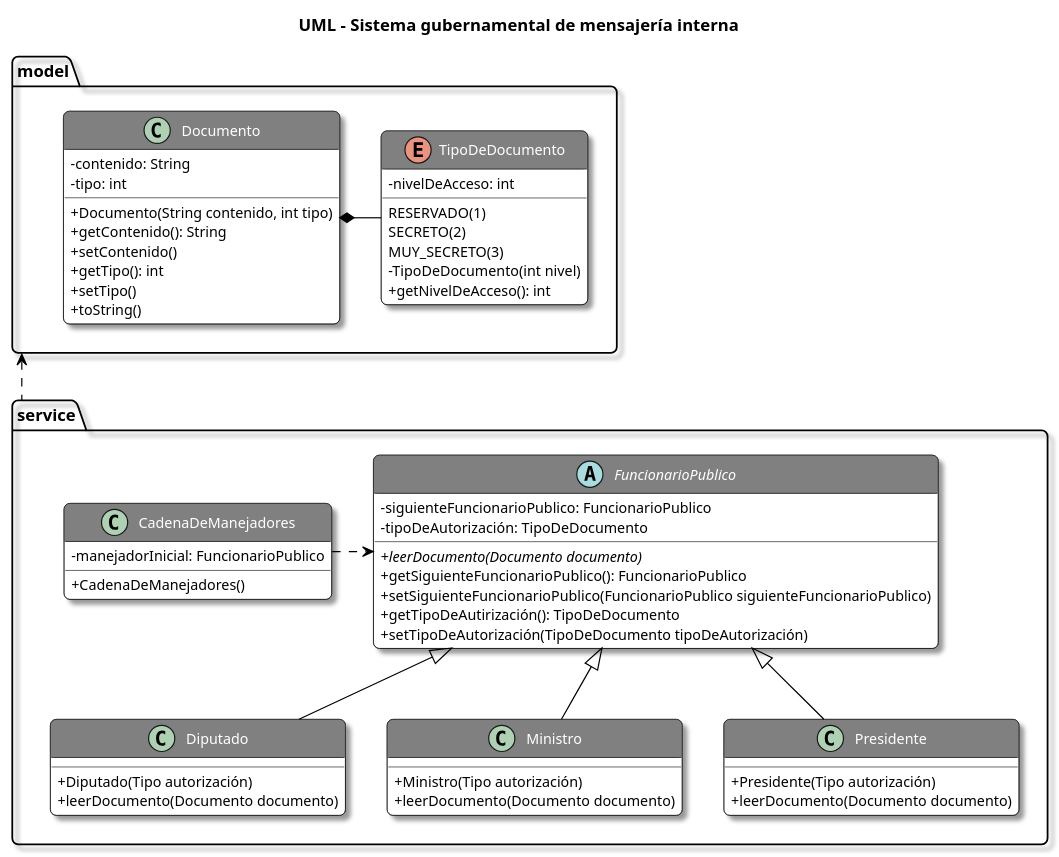
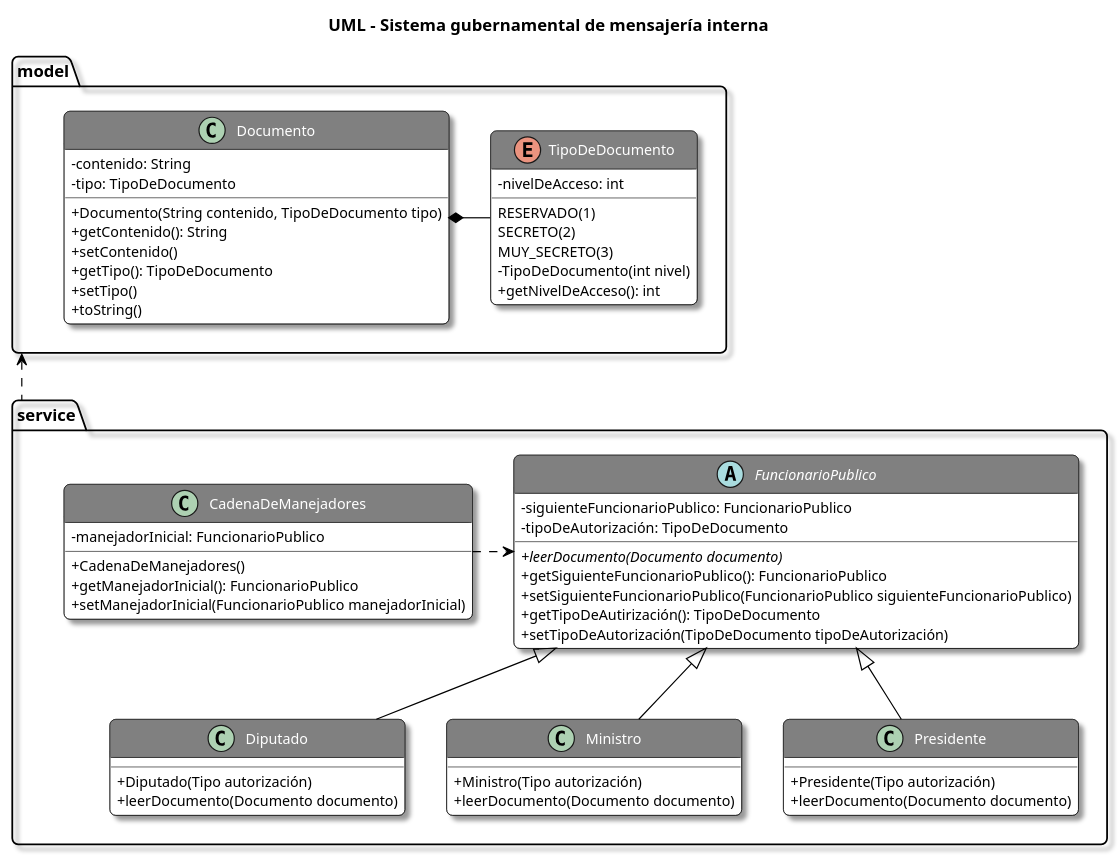
Before and after one commit to hfelipeserna/hfelipeserna.github.io: the diagram in Digital_House-Certified_Tech_Developer/Backend_I/Responsability_chain_pattern/Sistema_mensajería_gubernamental/src/Sistema_mensajería_gubernamental.puml, drawn with PlantUML. The commit also changed 6 other files, not shown here.

First line of the commit message:
[FEAT] Agregar diagrama UML e implementar clases relacionadas.

```diff
--- a/Digital_House-Certified_Tech_Developer/Backend_I/Responsability_chain_pattern/Sistema_mensajería_gubernamental/src/Sistema_mensajería_gubernamental.puml
+++ b/Digital_House-Certified_Tech_Developer/Backend_I/Responsability_chain_pattern/Sistema_mensajería_gubernamental/src/Sistema_mensajería_gubernamental.puml
@@ -1,97 +1,99 @@
 @startuml
 'https://plantuml.com/class-diagram
 '___________STYLES___________
 title UML - Sistema gubernamental de mensajería interna
 skinparam classAttributeIconSize 0
 skinparam backgroundColor White
 skinparam RoundCorner 10
 skinparam Shadowing true
 
 skinparam class {
     ArrowColor Black
     BackgroundColor White
     HeaderBackgroundColor Gray
     BorderColor Black
     FontColor White
     FontSize 14
     AttributeFontSize 12
 }
 
 skinparam object{
     ArrowColor Black
     BackgroundColor White
     BorderColor Black
     FontColor Black
     FontSize 14
     AttributeFontSize 12
 }
 
 skinparam note {
     BackgroundColor LightYellow
     BorderColor Black
 }
 
 '___________UML___________
 
 package model {
 enum TipoDeDocumento {
 RESERVADO(1)
 SECRETO(2)
 MUY_SECRETO(3)
 -nivelDeAcceso: int
 -TipoDeDocumento(int nivel)
 +getNivelDeAcceso(): int
 }
 
 class Documento {
 -contenido: String
--tipo: int
-+Documento(String contenido, int tipo)
+-tipo: TipoDeDocumento
++Documento(String contenido, TipoDeDocumento tipo)
 +getContenido(): String
 +setContenido()
-+getTipo(): int
++getTipo(): TipoDeDocumento
 +setTipo()
 +toString()
 }
 }
 
 package service {
 abstract FuncionarioPublico {
 - siguienteFuncionarioPublico: FuncionarioPublico
 - tipoDeAutorización: TipoDeDocumento
 +{abstract}leerDocumento(Documento documento)
 +getSiguienteFuncionarioPublico(): FuncionarioPublico
 +setSiguienteFuncionarioPublico(FuncionarioPublico siguienteFuncionarioPublico)
 +getTipoDeAutirización(): TipoDeDocumento
 +setTipoDeAutorización(TipoDeDocumento tipoDeAutorización)
 }
 
 class Diputado {
 +Diputado(Tipo autorización)
 +leerDocumento(Documento documento)
 }
 
 class Ministro {
 +Ministro(Tipo autorización)
 +leerDocumento(Documento documento)
 }
 
 class Presidente {
 +Presidente(Tipo autorización)
 +leerDocumento(Documento documento)
 }
 
 class CadenaDeManejadores {
 -manejadorInicial: FuncionarioPublico
 +CadenaDeManejadores()
++getManejadorInicial(): FuncionarioPublico
++setManejadorInicial(FuncionarioPublico manejadorInicial)
 }
 }
 
 model <.. service
 Documento *- TipoDeDocumento
 FuncionarioPublico <|-- Diputado
 FuncionarioPublico <|-- Ministro
 FuncionarioPublico <|-- Presidente
 CadenaDeManejadores .> FuncionarioPublico
 
 @enduml
```
